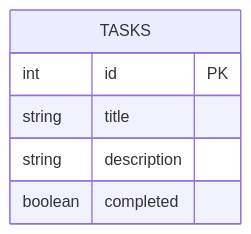
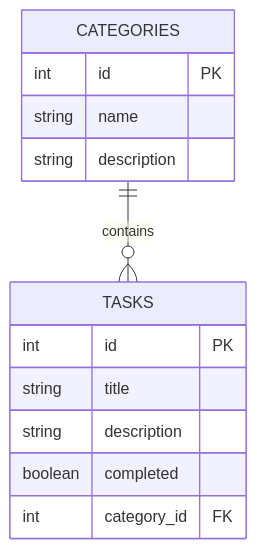
One commit to 3-lliott/task_manager_api changed the diagram in ER_diagram.md. Above: the diagram before and after it, drawn with Mermaid. The commit also changed other lines of this file and 14 other files, not shown here.

````diff
--- a/ER_diagram.md
+++ b/ER_diagram.md
@@ -3,9 +3,18 @@
 ```mermaid
 erDiagram
+    CATEGORIES ||--o{ TASKS : contains
+
+    CATEGORIES {
+        int id PK
+        string name
+        string description
+    }
+
     TASKS {
         int id PK
         string title
         string description
         boolean completed
+        int category_id FK
     }
 ```
````
